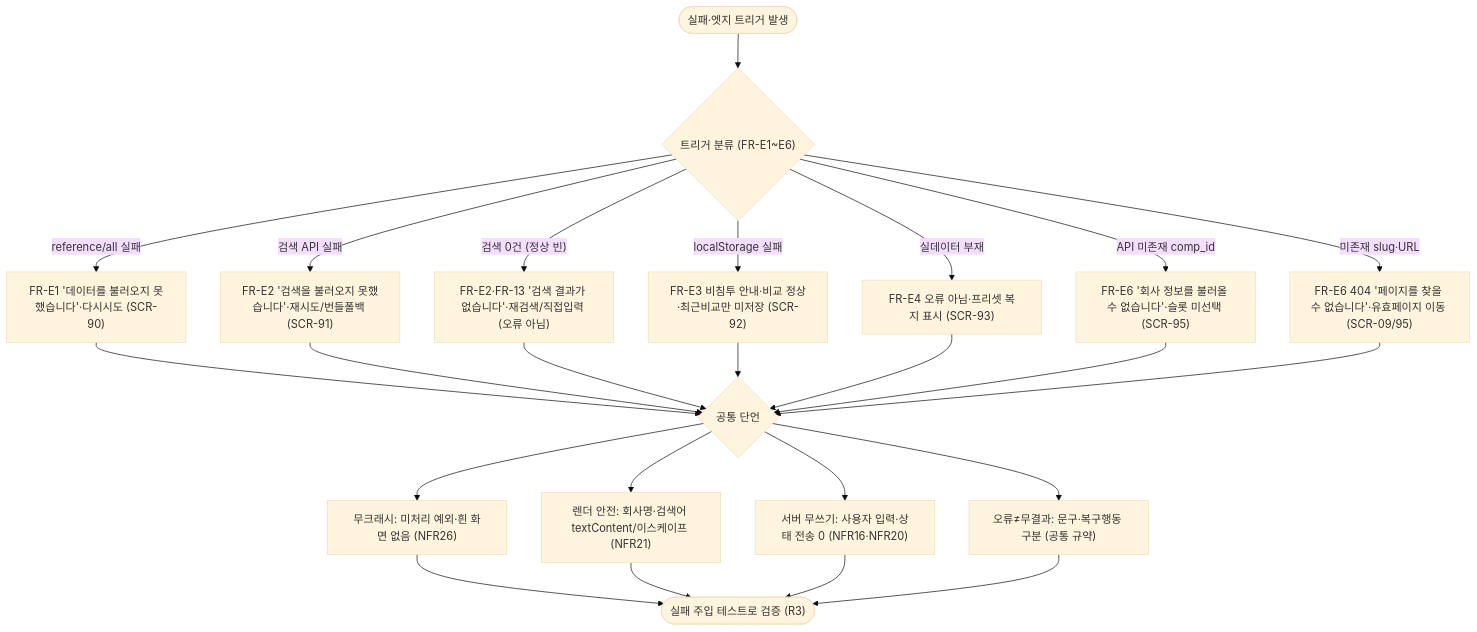
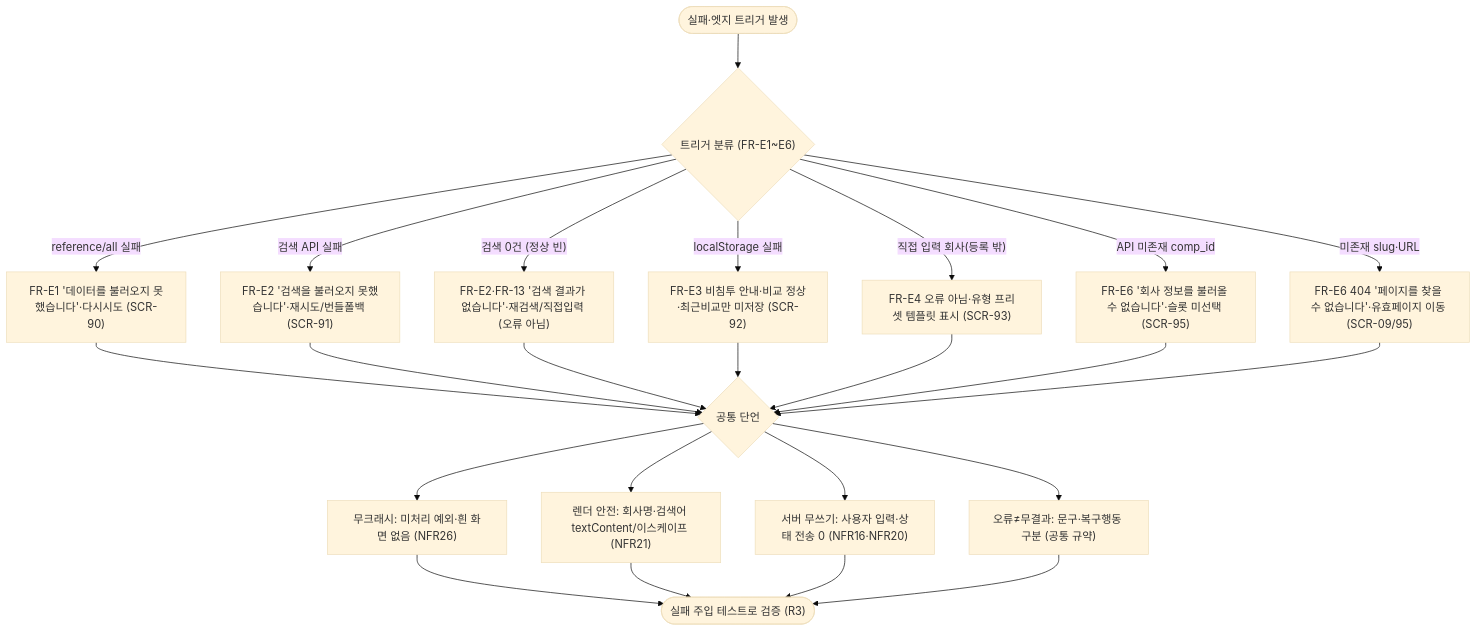
The seventh of 7 diagrams in docs/FLOW/08-오류-엣지-플로우.md (bji1062/loupit), drawn with Mermaid (base theme) before and after one commit. The commit also changed other lines of this file and 2 other files, not shown here.

````diff
--- a/docs/FLOW/08-오류-엣지-플로우.md
+++ b/docs/FLOW/08-오류-엣지-플로우.md
@@ -438,26 +433,26 @@
 ```mermaid
 flowchart TD
   A(["실패·엣지 트리거 발생"]) --> B{"트리거 분류 (FR-E1~E6)"}
   B -->|"reference/all 실패"| T1["FR-E1 '데이터를 불러오지 못했습니다'·다시시도 (SCR-90)"]
   B -->|"검색 API 실패"| T2["FR-E2 '검색을 불러오지 못했습니다'·재시도/번들폴백 (SCR-91)"]
   B -->|"검색 0건 (정상 빈)"| T3["FR-E2·FR-13 '검색 결과가 없습니다'·재검색/직접입력 (오류 아님)"]
   B -->|"localStorage 실패"| T4["FR-E3 비침투 안내·비교 정상·최근비교만 미저장 (SCR-92)"]
-  B -->|"실데이터 부재"| T5["FR-E4 오류 아님·프리셋 복지 표시 (SCR-93)"]
+  B -->|"직접 입력 회사(등록 밖)"| T5["FR-E4 오류 아님·유형 프리셋 템플릿 표시 (SCR-93)"]
   B -->|"API 미존재 comp_id"| T6["FR-E6 '회사 정보를 불러올 수 없습니다'·슬롯 미선택 (SCR-95)"]
   B -->|"미존재 slug·URL"| T7["FR-E6 404 '페이지를 찾을 수 없습니다'·유효페이지 이동 (SCR-09/95)"]
   T1 --> C{"공통 단언"}
   T2 --> C
   T3 --> C
   T4 --> C
   T5 --> C
   T6 --> C
   T7 --> C
   C --> D["무크래시: 미처리 예외·흰 화면 없음 (NFR26)"]
   C --> Ee["렌더 안전: 회사명·검색어 textContent/이스케이프 (NFR21)"]
   C --> Ff["서버 무쓰기: 사용자 입력·상태 전송 0 (NFR16·NFR20)"]
   C --> Gg["오류≠무결과: 문구·복구행동 구분 (공통 규약)"]
   D --> V(["실패 주입 테스트로 검증 (R3)"])
   Ee --> V
   Ff --> V
   Gg --> V
 ```
````
